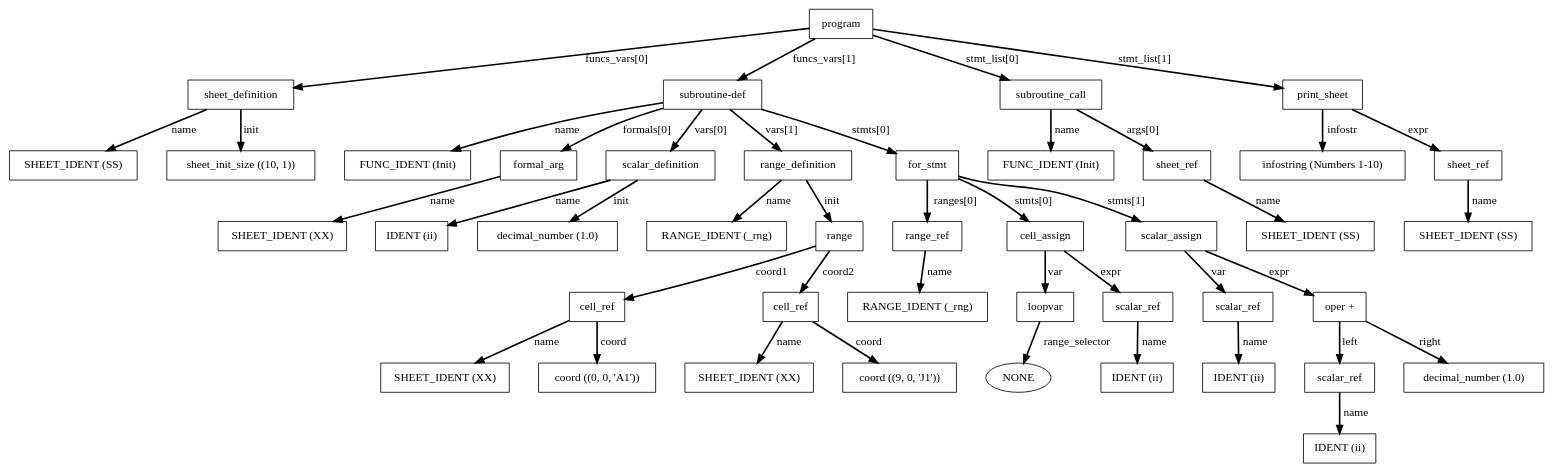
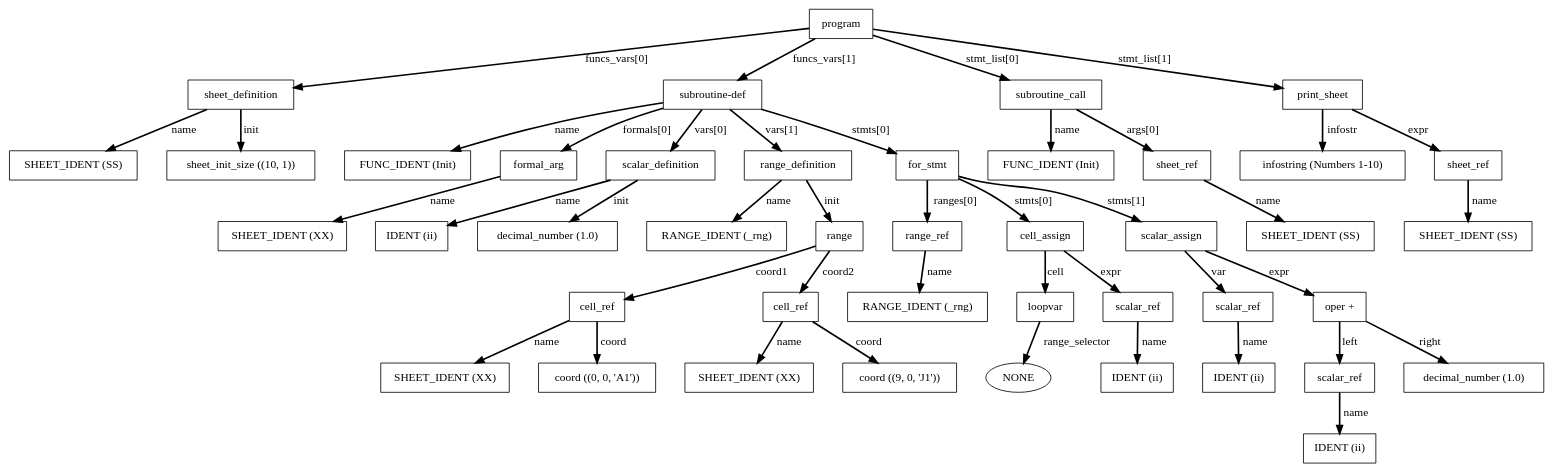
Before and after one commit to saurtm12/SpreadSheet_compiler: the diagram in 03_syntax_tree/examples/simple_function.dot, drawn with Graphviz. The commit also changed 27 other files, not shown here.

```diff
--- a/03_syntax_tree/examples/simple_function.dot
+++ b/03_syntax_tree/examples/simple_function.dot
@@ -1,94 +1,94 @@
 digraph parsetree {
     ratio=fill
     node [shape="box"]
     edge [style=bold]
     ranksep=equally
     nodesep=0.5
     rankdir = TB
     clusterrank = local
 N0 [label="program"]
 N1 [label="sheet_definition"]
 N2 [label="SHEET_IDENT (SS)"]
 N1->N2 [label="name"]
 N3 [label="sheet_init_size ((10, 1))"]
 N1->N3 [label="init"]
 N0->N1 [label="funcs_vars[0]"]
 N4 [label="subroutine-def"]
 N5 [label="FUNC_IDENT (Init)"]
 N4->N5 [label="name"]
 N6 [label="formal_arg"]
 N7 [label="SHEET_IDENT (XX)"]
 N6->N7 [label="name"]
 N4->N6 [label="formals[0]"]
 N8 [label="scalar_definition"]
 N9 [label="IDENT (ii)"]
 N8->N9 [label="name"]
 N10 [label="decimal_number (1.0)"]
 N8->N10 [label="init"]
 N4->N8 [label="vars[0]"]
 N11 [label="range_definition"]
 N12 [label="RANGE_IDENT (_rng)"]
 N11->N12 [label="name"]
 N13 [label="range"]
 N14 [label="cell_ref"]
 N15 [label="SHEET_IDENT (XX)"]
 N14->N15 [label="name"]
 N16 [label="coord ((0, 0, 'A1'))"]
 N14->N16 [label="coord"]
 N13->N14 [label="coord1"]
 N17 [label="cell_ref"]
 N18 [label="SHEET_IDENT (XX)"]
 N17->N18 [label="name"]
 N19 [label="coord ((9, 0, 'J1'))"]
 N17->N19 [label="coord"]
 N13->N17 [label="coord2"]
 N11->N13 [label="init"]
 N4->N11 [label="vars[1]"]
 N20 [label="for_stmt"]
 N21 [label="range_ref"]
 N22 [label="RANGE_IDENT (_rng)"]
 N21->N22 [label="name"]
 N20->N21 [label="ranges[0]"]
 N23 [label="cell_assign"]
 N24 [label="loopvar"]
 N25 [shape="ellipse", label="NONE"]
 N24->N25 [label="range_selector"]
-N23->N24 [label="var"]
+N23->N24 [label="cell"]
 N26 [label="scalar_ref"]
 N27 [label="IDENT (ii)"]
 N26->N27 [label="name"]
 N23->N26 [label="expr"]
 N20->N23 [label="stmts[0]"]
 N28 [label="scalar_assign"]
 N29 [label="scalar_ref"]
 N30 [label="IDENT (ii)"]
 N29->N30 [label="name"]
 N28->N29 [label="var"]
 N31 [label="oper +"]
 N32 [label="scalar_ref"]
 N33 [label="IDENT (ii)"]
 N32->N33 [label="name"]
 N31->N32 [label="left"]
 N34 [label="decimal_number (1.0)"]
 N31->N34 [label="right"]
 N28->N31 [label="expr"]
 N20->N28 [label="stmts[1]"]
 N4->N20 [label="stmts[0]"]
 N0->N4 [label="funcs_vars[1]"]
 N35 [label="subroutine_call"]
 N36 [label="FUNC_IDENT (Init)"]
 N35->N36 [label="name"]
 N37 [label="sheet_ref"]
 N38 [label="SHEET_IDENT (SS)"]
 N37->N38 [label="name"]
 N35->N37 [label="args[0]"]
 N0->N35 [label="stmt_list[0]"]
 N39 [label="print_sheet"]
 N40 [label="infostring (Numbers 1-10)"]
 N39->N40 [label="infostr"]
 N41 [label="sheet_ref"]
 N42 [label="SHEET_IDENT (SS)"]
 N41->N42 [label="name"]
 N39->N41 [label="expr"]
 N0->N39 [label="stmt_list[1]"]
 }
```
